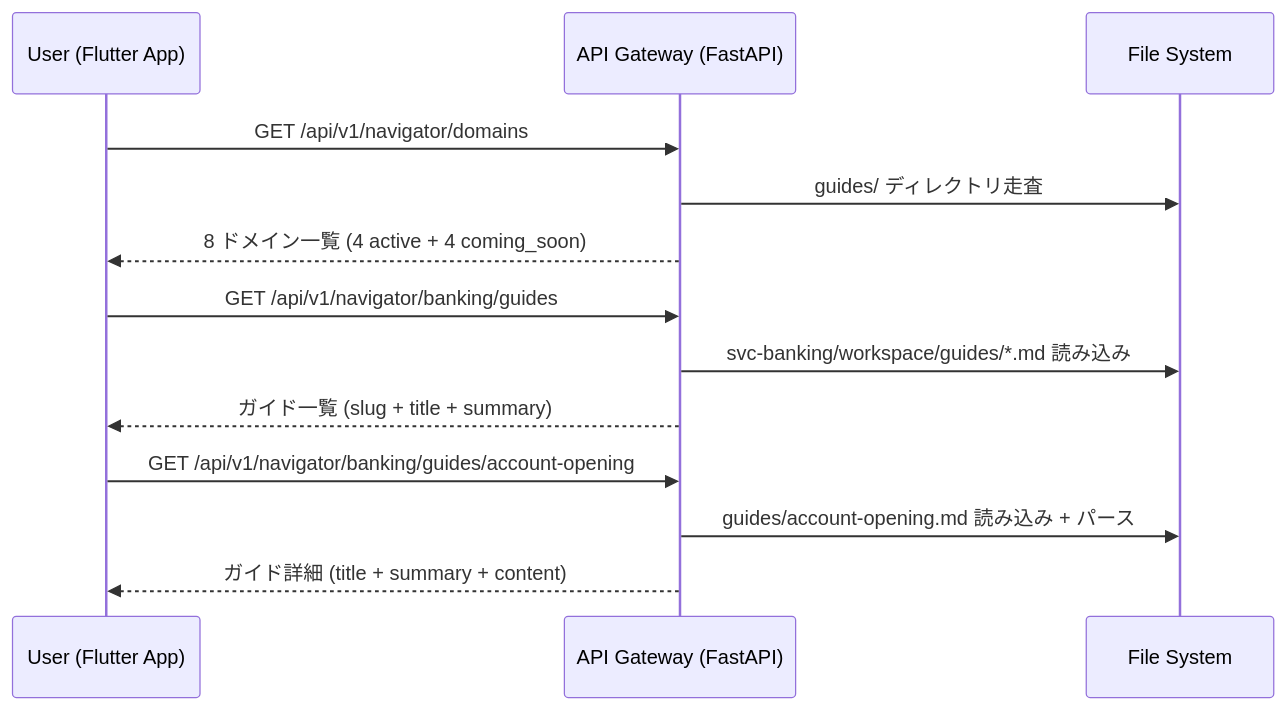
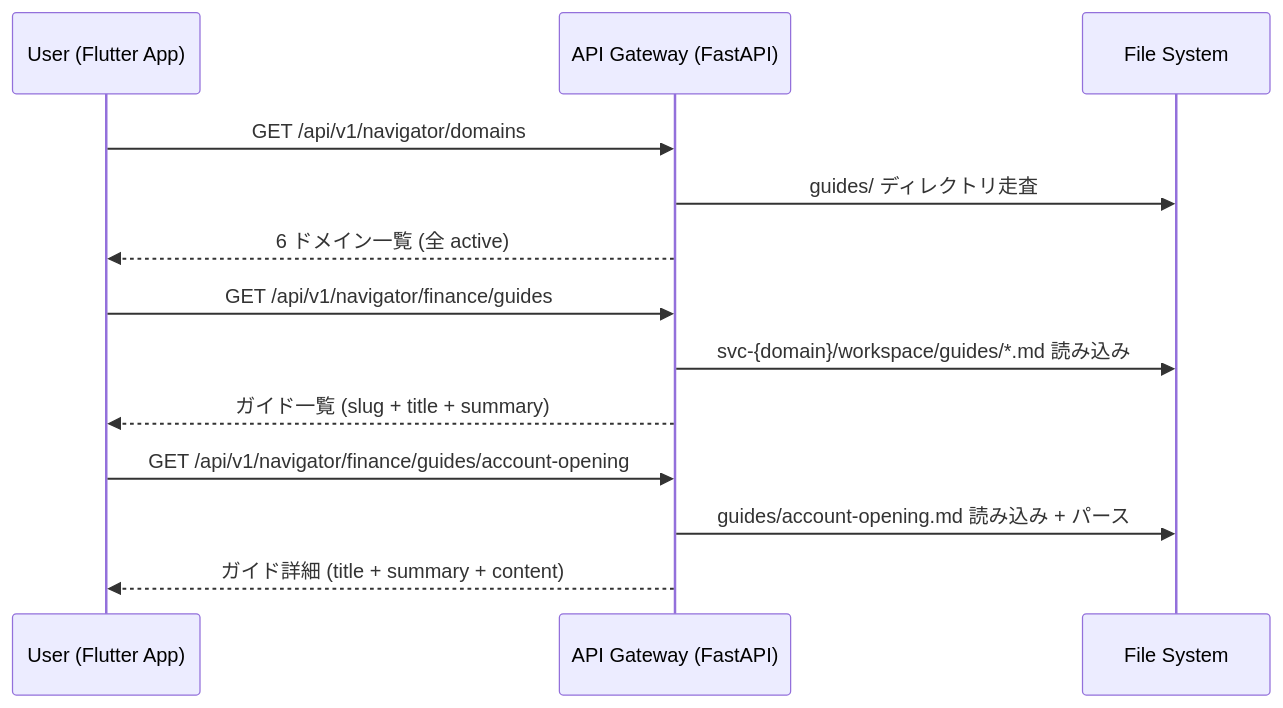
Before and after one commit to cjttca-cd/gaijin-life-navi: the third of 5 diagrams in architecture/SYSTEM_DESIGN.md, drawn with Mermaid. The commit also changed other lines of this file and 10 other files, not shown here.

````diff
--- a/architecture/SYSTEM_DESIGN.md
+++ b/architecture/SYSTEM_DESIGN.md
@@ -275,18 +285,18 @@
 ```mermaid
 sequenceDiagram
     participant U as User (Flutter App)
     participant GW as API Gateway (FastAPI)
     participant FS as File System
 
     U->>GW: GET /api/v1/navigator/domains
     GW->>FS: guides/ ディレクトリ走査
-    GW-->>U: 8 ドメイン一覧 (4 active + 4 coming_soon)
+    GW-->>U: 6 ドメイン一覧 (全 active)
 
-    U->>GW: GET /api/v1/navigator/banking/guides
-    GW->>FS: svc-banking/workspace/guides/*.md 読み込み
+    U->>GW: GET /api/v1/navigator/finance/guides
+    GW->>FS: svc-{domain}/workspace/guides/*.md 読み込み
     GW-->>U: ガイド一覧 (slug + title + summary)
 
-    U->>GW: GET /api/v1/navigator/banking/guides/account-opening
+    U->>GW: GET /api/v1/navigator/finance/guides/account-opening
     GW->>FS: guides/account-opening.md 読み込み + パース
     GW-->>U: ガイド詳細 (title + summary + content)
 ```
````
